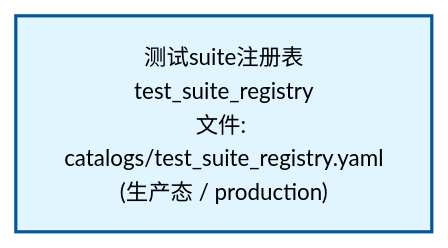
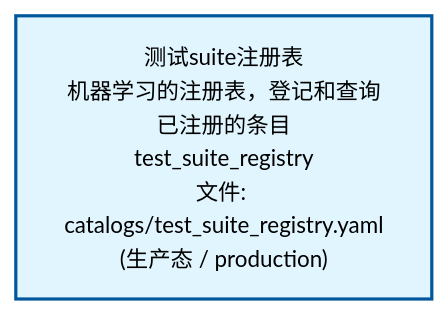
Before and after one commit to xuanFelixVan/ZephyrAlpha: the first of 2 diagrams in docs/02_enterprise_architecture/02_domain_architecture_docs/33_d_audittest.md, drawn with Mermaid. The commit also changed other lines of this file and 63 other files, not shown here.

````diff
--- a/docs/02_enterprise_architecture/02_domain_architecture_docs/33_d_audittest.md
+++ b/docs/02_enterprise_architecture/02_domain_architecture_docs/33_d_audittest.md
@@ -53,10 +53,10 @@
 ```mermaid
 %%{init: {'theme': 'base', 'themeVariables': {'primaryColor': '#eaeaea', 'primaryTextColor': '#333333', 'primaryBorderColor': '#666666', 'lineColor': '#666666', 'secondaryColor': '#eaeaea', 'tertiaryColor': '#eaeaea', 'fontSize': '14px'}}}%%
 flowchart TD
-    docs_01_policies_and_standards_registry_catalogs_test_suite_registry_yaml["测试suite注册表<br/>test_suite_registry<br/>文件: catalogs/test_suite_registry.yaml<br/>(生产态 / production)"]
+    docs_01_policies_and_standards_registry_catalogs_test_suite_registry_yaml["测试suite注册表<br/>机器学习的注册表，登记和查询已注册的条目<br/>test_suite_registry<br/>文件: catalogs/test_suite_registry.yaml<br/>(生产态 / production)"]
     classDef production fill:#e1f5fe,stroke:#01579b,stroke-width:2px,color:#000
     classDef design fill:#fff3e0,stroke:#e65100,stroke-width:2px,color:#000,stroke-dasharray: 5 5
     classDef external_prod fill:#e8f4fd,stroke:#0277bd,stroke-width:1px,color:#000
     classDef external_design fill:#fff8e7,stroke:#ef6c00,stroke-width:1px,color:#000,stroke-dasharray: 5 5
     class docs_01_policies_and_standards_registry_catalogs_test_suite_registry_yaml production
 ```
````
